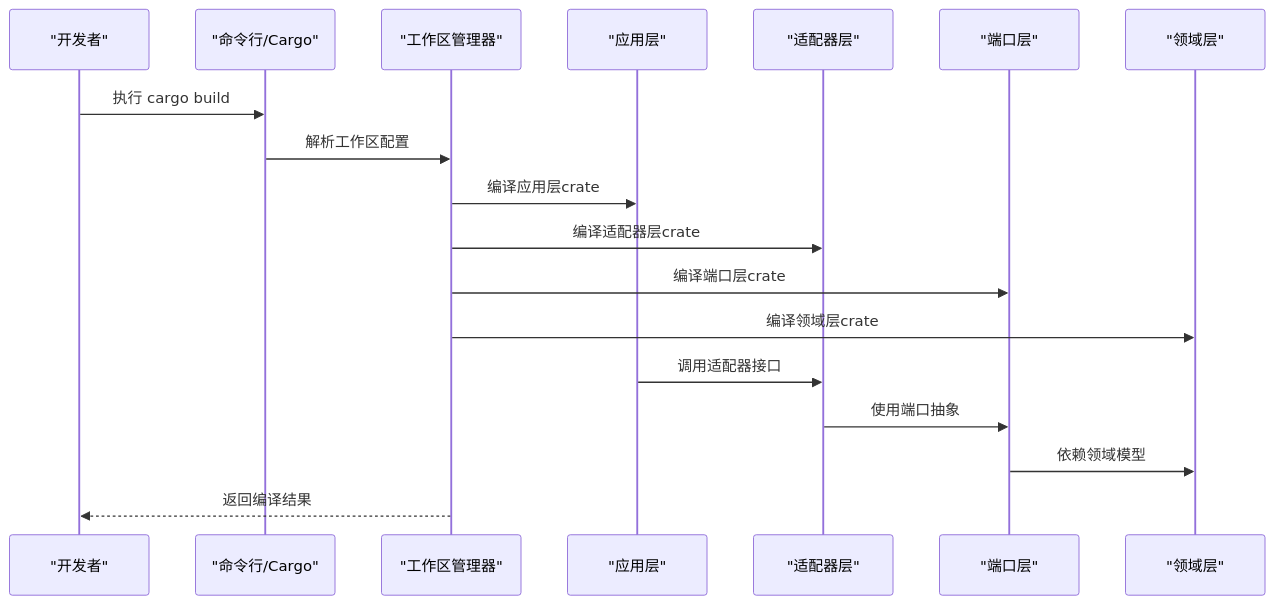
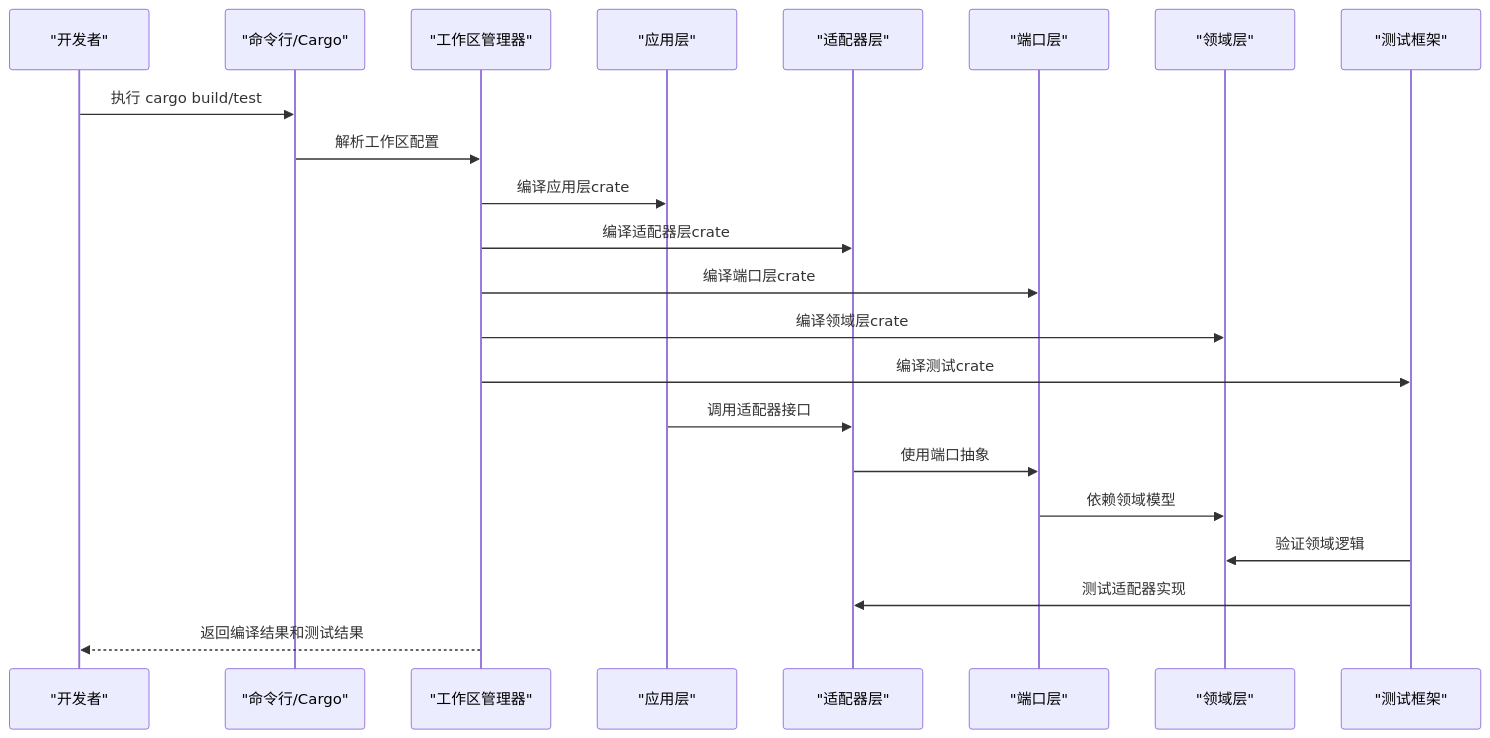
One commit to rzhangjing/cesium changed the second of 7 diagrams in .qoder/repowiki/zh/content/构建与部署/构建系统配置/构建系统配置.md. Above: the diagram before and after it, drawn with Mermaid. The commit also changed other lines of this file and 38 other files, not shown here.

````diff
--- a/.qoder/repowiki/zh/content/构建与部署/构建系统配置/构建系统配置.md
+++ b/.qoder/repowiki/zh/content/构建与部署/构建系统配置/构建系统配置.md
@@ -94,20 +106,24 @@
 ```mermaid
 sequenceDiagram
 participant Dev as "开发者"
 participant CLI as "命令行/Cargo"
 participant Workspace as "工作区管理器"
 participant App as "应用层"
 participant Adapters as "适配器层"
 participant Ports as "端口层"
 participant Domain as "领域层"
-Dev->>CLI : 执行 cargo build
+participant Specs as "测试框架"
+Dev->>CLI : 执行 cargo build/test
 CLI->>Workspace : 解析工作区配置
 Workspace->>App : 编译应用层crate
 Workspace->>Adapters : 编译适配器层crate
 Workspace->>Ports : 编译端口层crate
 Workspace->>Domain : 编译领域层crate
+Workspace->>Specs : 编译测试crate
 App->>Adapters : 调用适配器接口
 Adapters->>Ports : 使用端口抽象
 Ports->>Domain : 依赖领域模型
-Workspace-->>Dev : 返回编译结果
+Specs->>Domain : 验证领域逻辑
+Specs->>Adapters : 测试适配器实现
+Workspace-->>Dev : 返回编译结果和测试结果
 ```
````
